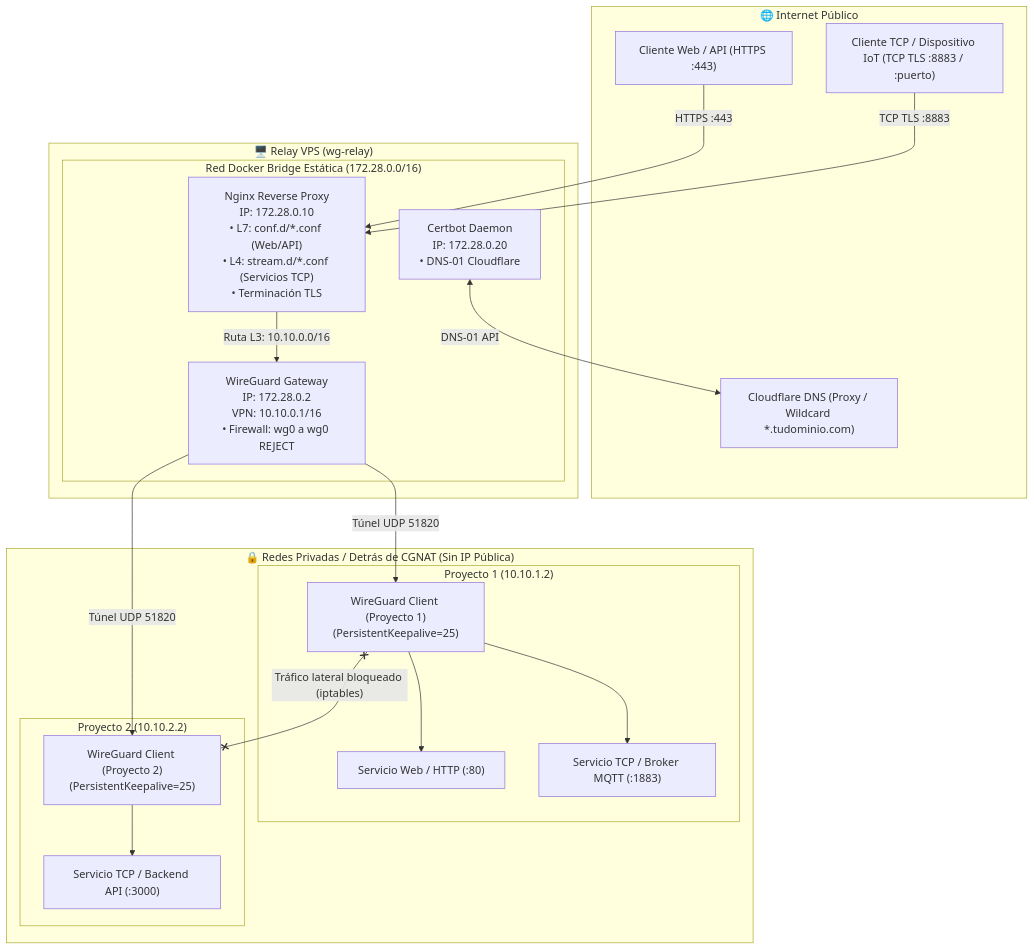
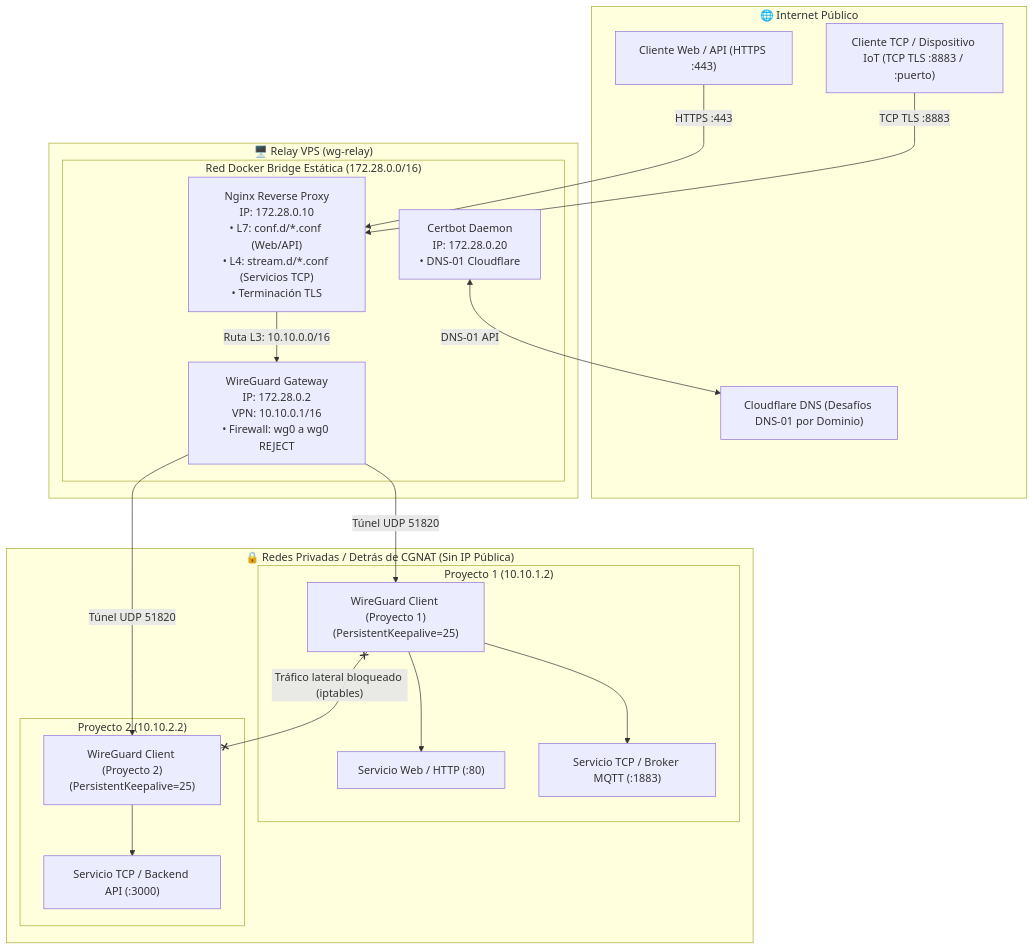
Before and after one commit to AndyPecotche/wg-relay: the diagram in README.md, drawn with Mermaid. The commit also changed other lines of this file and 10 other files, not shown here.

````diff
--- a/README.md
+++ b/README.md
@@ -24,44 +24,44 @@
 ```mermaid
 flowchart TD
     subgraph Internet ["🌐 Internet Público"]
         ClientWeb["Cliente Web / API (HTTPS :443)"]
         ClientTCP["Cliente TCP / Dispositivo IoT (TCP TLS :8883 / :puerto)"]
-        CF_DNS["Cloudflare DNS (Proxy / Wildcard *.tudominio.com)"]
+        CF_DNS["Cloudflare DNS (Desafíos DNS-01 por Dominio)"]
     end
 
     subgraph VPS ["🖥️ Relay VPS (wg-relay)"]
         subgraph DockerNet ["Red Docker Bridge Estática (172.28.0.0/16)"]
             Nginx["Nginx Reverse Proxy<br/>IP: 172.28.0.10<br/>• L7: conf.d/*.conf (Web/API)<br/>• L4: stream.d/*.conf (Servicios TCP)<br/>• Terminación TLS"]
             WG_Server["WireGuard Gateway<br/>IP: 172.28.0.2<br/>VPN: 10.10.0.1/16<br/>• Firewall: wg0 a wg0 REJECT"]
             Certbot["Certbot Daemon<br/>IP: 172.28.0.20<br/>• DNS-01 Cloudflare"]
         end
     end
 
     subgraph CGNAT_Area ["🔒 Redes Privadas / Detrás de CGNAT (Sin IP Pública)"]
         subgraph Proj1 ["Proyecto 1 (10.10.1.2)"]
             WG_Peer1["WireGuard Client (Proyecto 1)<br/>(PersistentKeepalive=25)"]
             Web1["Servicio Web / HTTP (:80)"]
             TCP1["Servicio TCP / Broker MQTT (:1883)"]
         end
 
         subgraph Proj2 ["Proyecto 2 (10.10.2.2)"]
             WG_Peer2["WireGuard Client (Proyecto 2)<br/>(PersistentKeepalive=25)"]
             TCP2["Servicio TCP / Backend API (:3000)"]
         end
     end
 
     ClientWeb -->|"HTTPS :443"| Nginx
     ClientTCP -->|"TCP TLS :8883"| Nginx
     Certbot <-->|"DNS-01 API"| CF_DNS
 
     Nginx -->|"Ruta L3: 10.10.0.0/16"| WG_Server
     WG_Server -->|"Túnel UDP 51820"| WG_Peer1
     WG_Server -->|"Túnel UDP 51820"| WG_Peer2
 
     WG_Peer1 --> Web1
     WG_Peer1 --> TCP1
     WG_Peer2 --> TCP2
 
     %% Aislamiento
     WG_Peer1 x--x|"Tráfico lateral bloqueado (iptables)"| WG_Peer2
 ```
````
